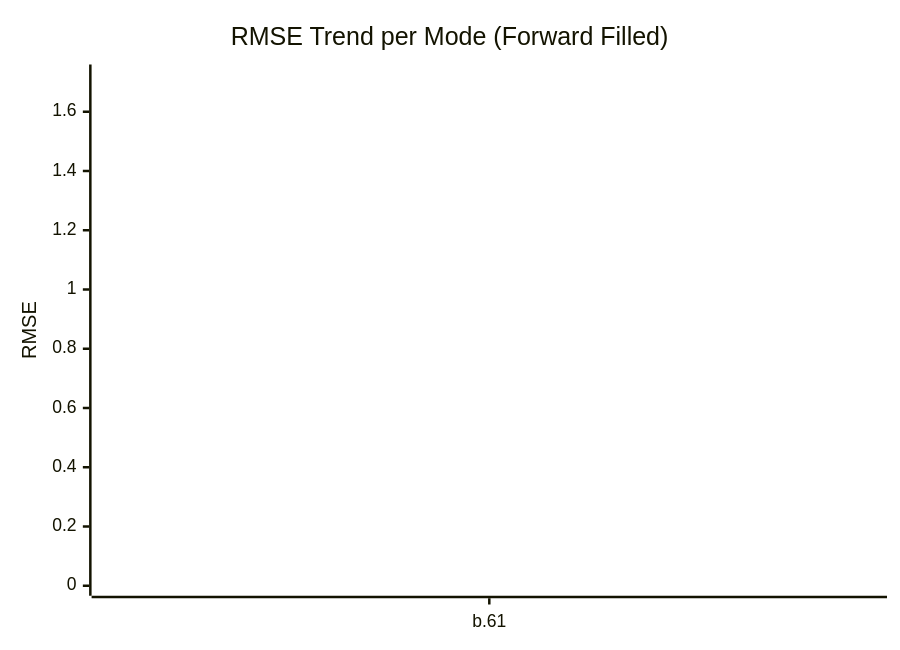
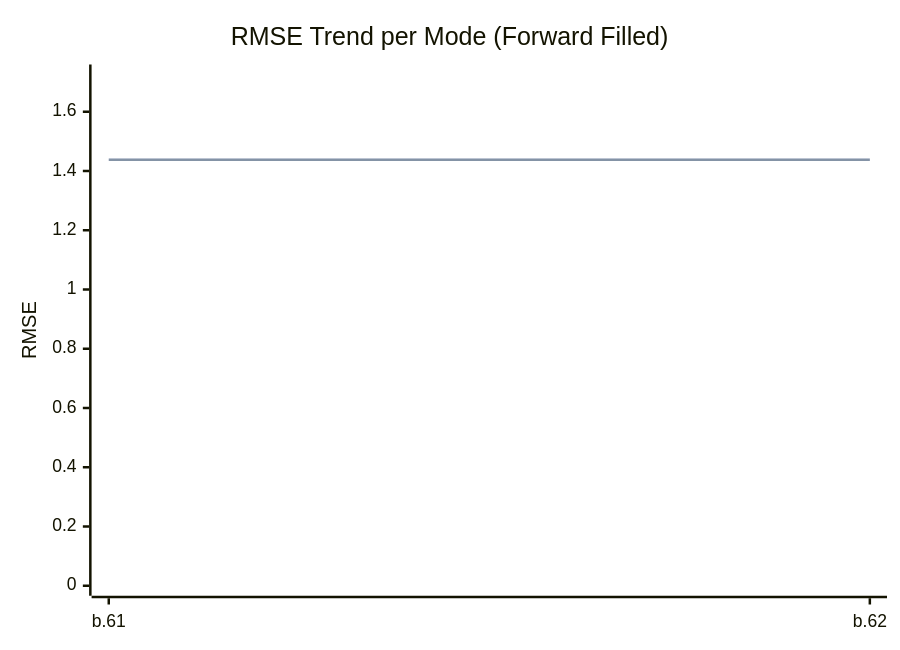
Before and after one commit to timo-eberl/tracy: the first of 2 diagrams in README.md, drawn with Mermaid. The commit also changed other lines of this file and 4 other files, not shown here.

````diff
--- a/README.md
+++ b/README.md
@@ -12,8 +12,8 @@
 ```mermaid
 xychart-beta
     title "RMSE Trend per Mode (Forward Filled)"
-    x-axis ["b.61"]
+    x-axis ["b.61", "b.62"]
     y-axis "RMSE" 0 --> 1.7257
-    line [1.4381]
-    line [1.4381]
+    line [1.4381, 1.4381]
+    line [1.4381, 1.4381]
 ```
````
